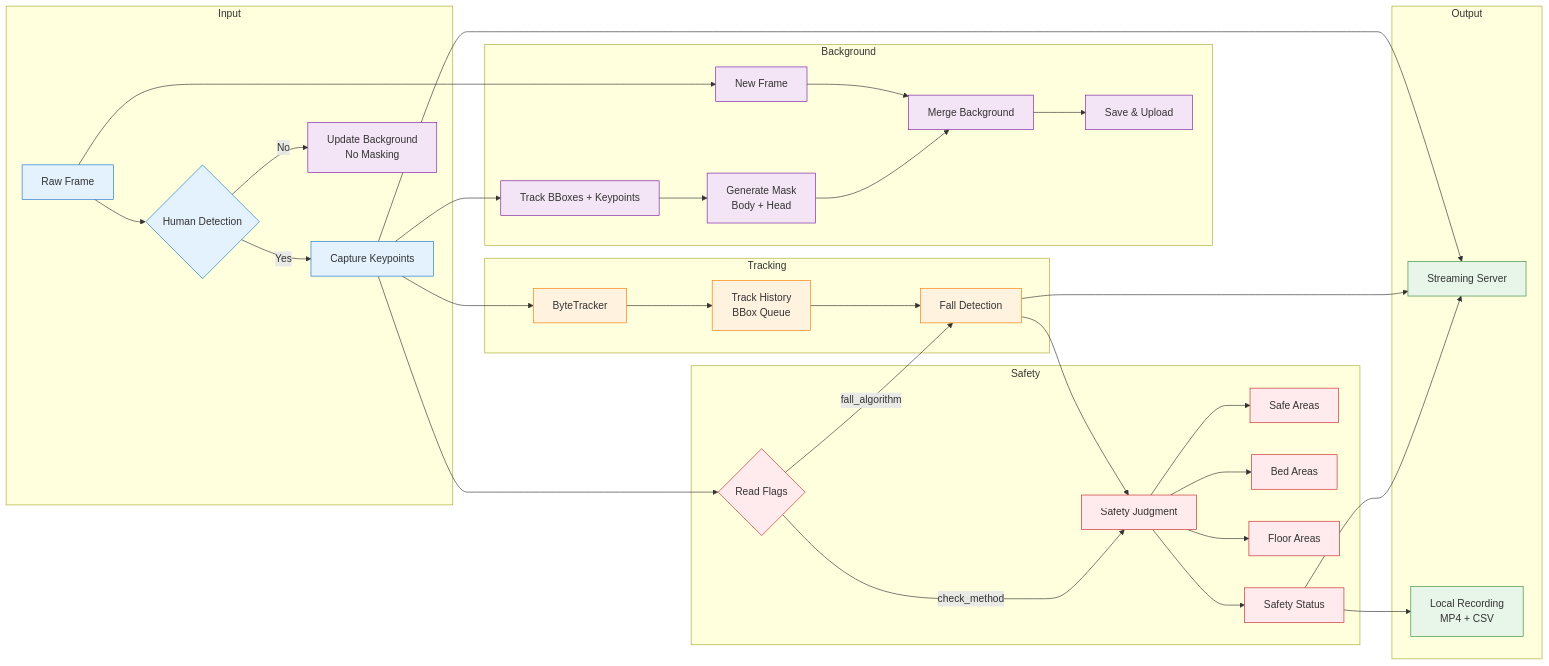
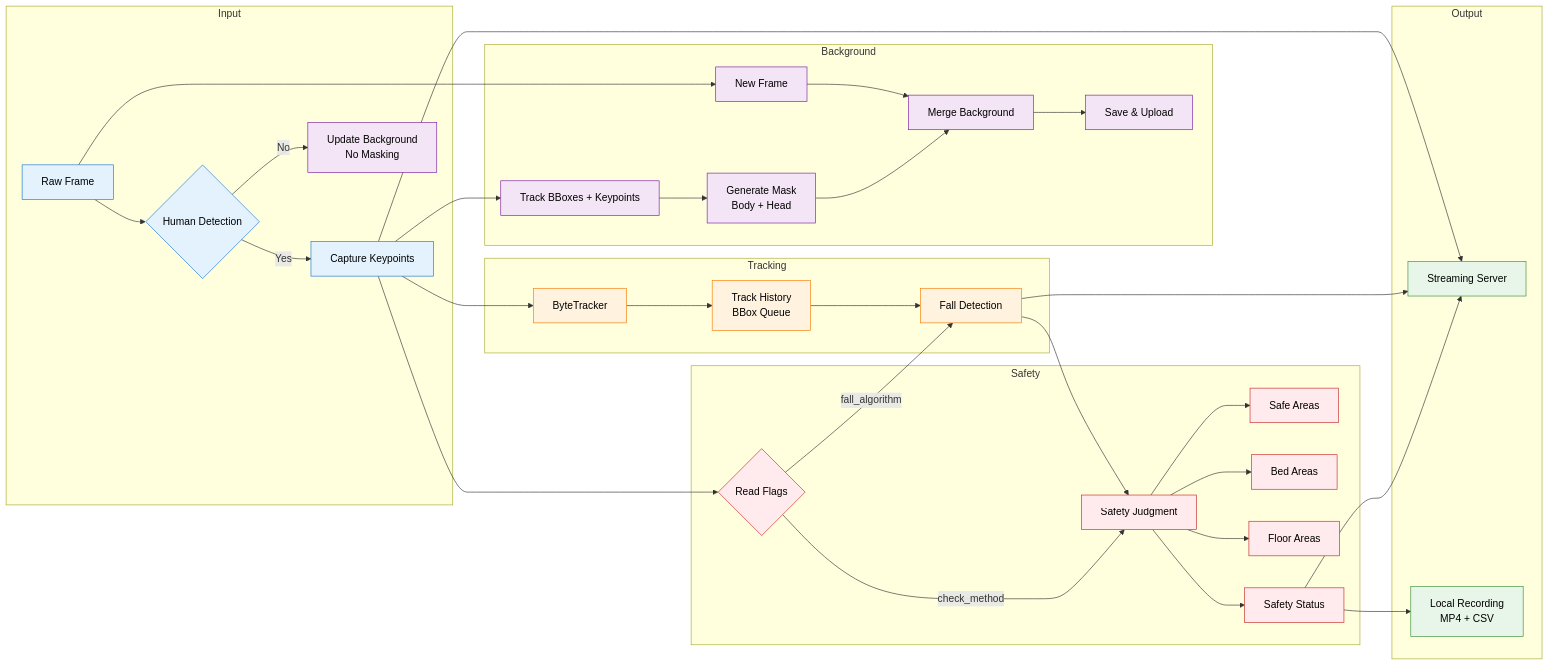
One commit to yudhisthereal/Private-Surveillence-MaixCAM changed the third of 3 diagrams in README.md. Above: the diagram before and after it, drawn with Mermaid. The commit also changed other lines of this file, not shown here.

Commit message:
fixed graphs

````diff
--- a/README.md
+++ b/README.md
@@ -308,53 +308,53 @@
 ```mermaid
 graph LR
     subgraph Input
         A[Raw Frame] --> B{Human Detection}
         B -->|Yes| C[Capture Keypoints]
         B -->|No| D[Update Background<br/>No Masking]
     end
 
     subgraph Background
         C --> E[Track BBoxes + Keypoints]
         E --> F[Generate Mask<br/>Body + Head]
         A --> G[New Frame]
         F --> H[Merge Background]
         G --> H
         H --> I[Save & Upload]
     end
 
     subgraph Tracking
         C --> J[ByteTracker]
         J --> K[Track History<br/>BBox Queue]
         K --> L[Fall Detection]
     end
 
     subgraph Safety
         C --> M{Read Flags}
         M -->|fall_algorithm| L
         M -->|check_method| N[Safety Judgment]
         L --> N
         N --> O[Safe Areas]
         N --> P[Bed Areas]
         N --> Q[Floor Areas]
         N --> R[Safety Status]
     end
 
     subgraph Output
         R --> S[Streaming Server]
         L --> S
         C --> S
         R --> T[Local Recording<br/>MP4 + CSV]
     end
 
-    classDef input fill:#e3f2fd,stroke:#1976d2
-    classDef bg fill:#f3e5f5,stroke:#7b1fa2
-    classDef track fill:#fff3e0,stroke:#f57c00
-    classDef safety fill:#ffebee,stroke:#c62828
-    classDef output fill:#e8f5e9,stroke:#388e3c
+    classDef input fill:#e3f2fd,stroke:#1976d2,color:#000000
+    classDef bg fill:#f3e5f5,stroke:#7b1fa2,color:#000000
+    classDef track fill:#fff3e0,stroke:#f57c00,color:#000000
+    classDef safety fill:#ffebee,stroke:#c62828,color:#000000
+    classDef output fill:#e8f5e9,stroke:#388e3c,color:#000000
 
     class A,B,C input
     class D,E,F,G,H,I bg
     class J,K,L track
     class M,N,O,P,Q,R safety
     class S,T output
 ```
````
